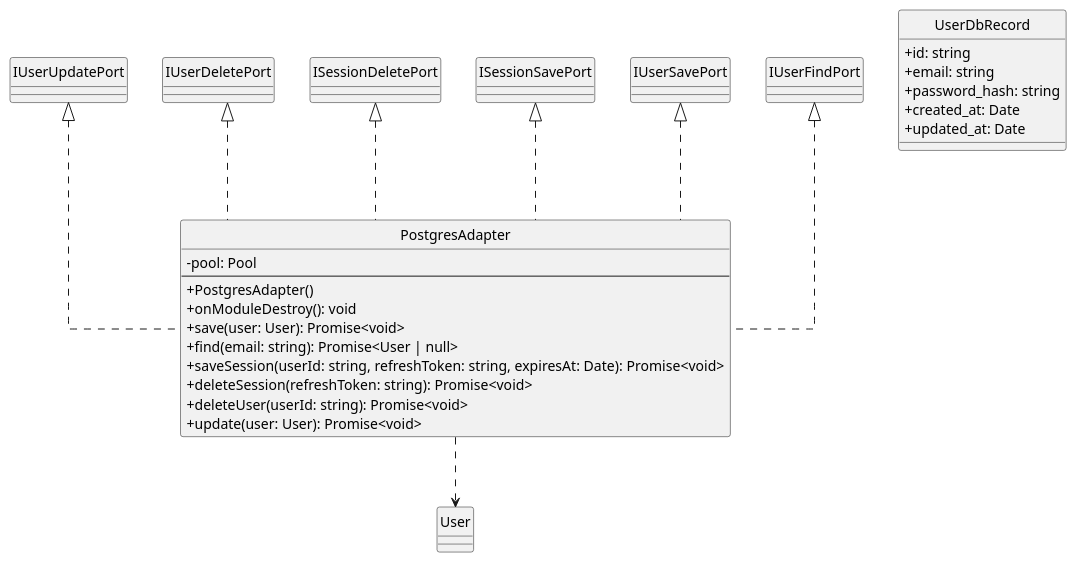
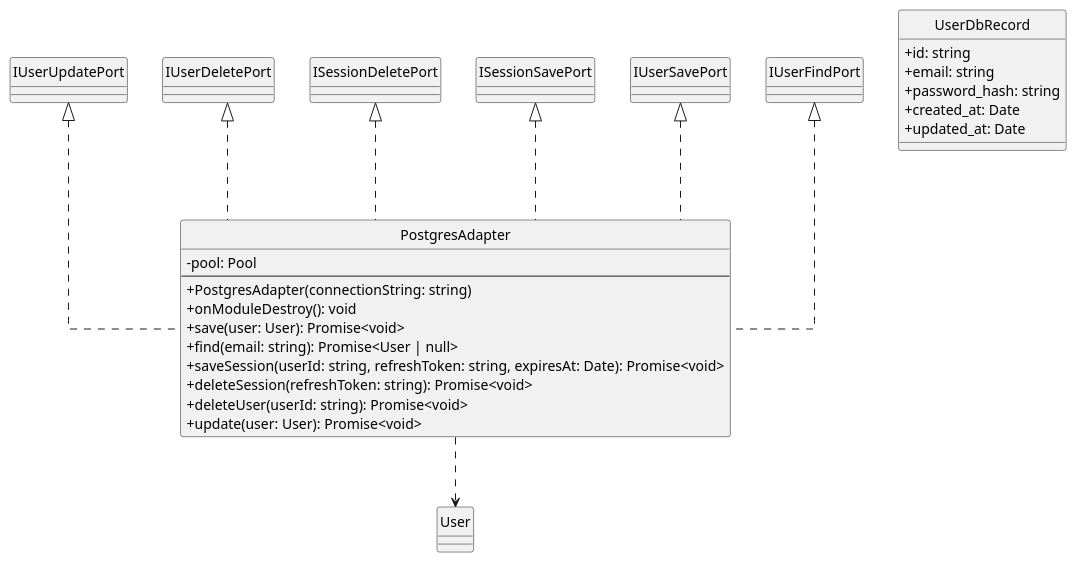
The diagram in assets/st_diagrams/code/plantuml/account/infrastructure/adapters/postgre.adapter.plantuml (SkarabGroup/DocumentazioneProgetto), drawn with PlantUML before and after one commit. The commit also changed 3 other files, not shown here.

```diff
--- a/assets/st_diagrams/code/plantuml/account/infrastructure/adapters/postgre.adapter.plantuml
+++ b/assets/st_diagrams/code/plantuml/account/infrastructure/adapters/postgre.adapter.plantuml
@@ -1,40 +1,40 @@
 @startuml PostgresAdapter
 
 skinparam componentStyle uml2.5
 skinparam linetype ortho
 skinparam nodesep auto
 skinparam ranksep 70
 skinparam ClassAttributeIconSize 0
 hide circles
 
 class PostgresAdapter {
     - pool: Pool
     ---
-    + PostgresAdapter()
+    + PostgresAdapter(connectionString: string)
     + onModuleDestroy(): void
     + save(user: User): Promise<void>
     + find(email: string): Promise<User | null>
     + saveSession(userId: string, refreshToken: string, expiresAt: Date): Promise<void>
     + deleteSession(refreshToken: string): Promise<void>
     + deleteUser(userId: string): Promise<void>
     + update(user: User): Promise<void>
 }
 
 class UserDbRecord {
     + id: string
     + email: string
     + password_hash: string
     + created_at: Date
     + updated_at: Date
 }
 
 ' Relations
 PostgresAdapter ..up|> IUserFindPort
 PostgresAdapter ..up|> IUserSavePort
 PostgresAdapter ..up|> ISessionSavePort
 PostgresAdapter ..up|> ISessionDeletePort
 PostgresAdapter ..up|> IUserDeletePort
 PostgresAdapter ..up|> IUserUpdatePort
 PostgresAdapter ..> User
 
 @enduml
```
